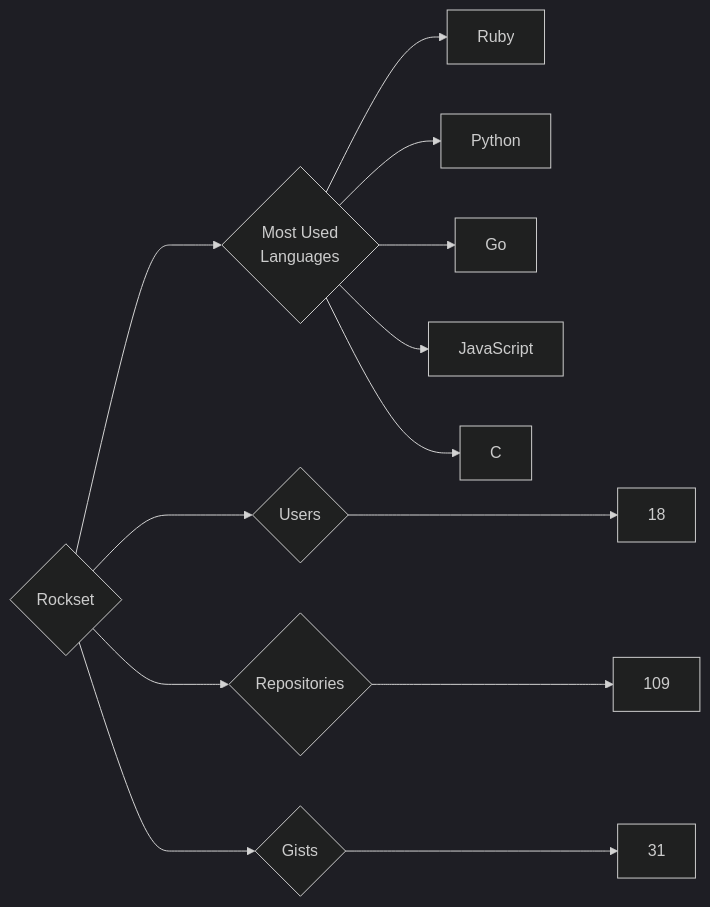
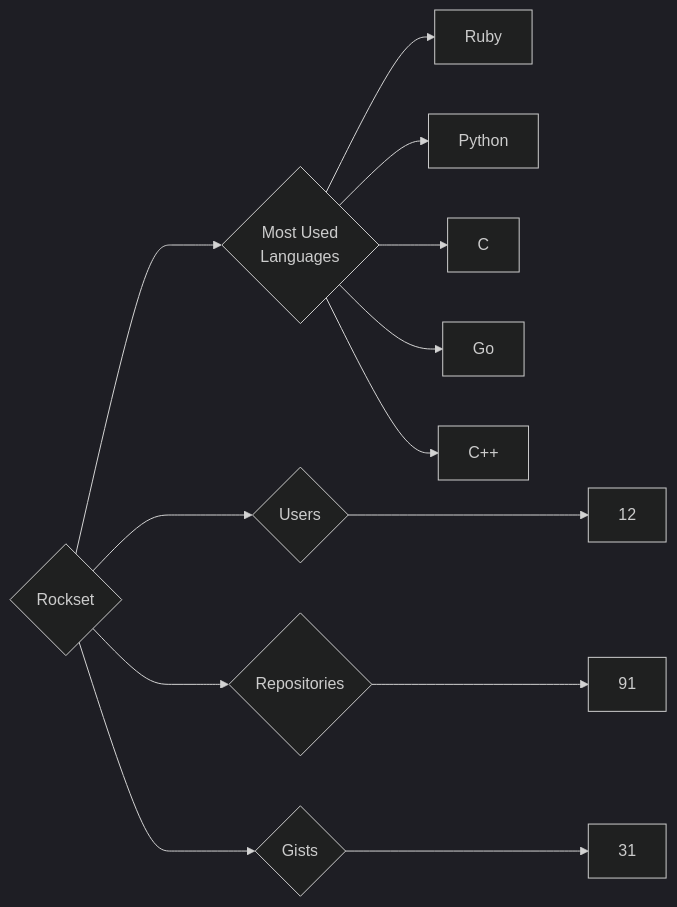
The diagram in targets/Rockset/README.md (trickest/insiders), drawn with Mermaid (dark theme) before and after one commit. The commit also changed 725 other files, not shown here.

````diff
--- a/targets/Rockset/README.md
+++ b/targets/Rockset/README.md
@@ -3,13 +3,13 @@
 ```mermaid
 graph LR
 COMPANY_NAME{Rockset}
-COMPANY_NAME ---> U{Users} ---> UN[18]
-COMPANY_NAME ---> R{Repositories} ---> RN[109]
+COMPANY_NAME ---> U{Users} ---> UN[12]
+COMPANY_NAME ---> R{Repositories} ---> RN[91]
 COMPANY_NAME ---> G{Gists} ---> GN[31]
 COMPANY_NAME ---> ML{Most Used<br>Languages}
 ML --> Ruby[Ruby]
 ML --> Python[Python]
+ML --> C[C]
 ML --> Go[Go]
-ML --> JavaScript[JavaScript]
-ML --> C[C]
+ML --> C++[C++]
 ```
````
